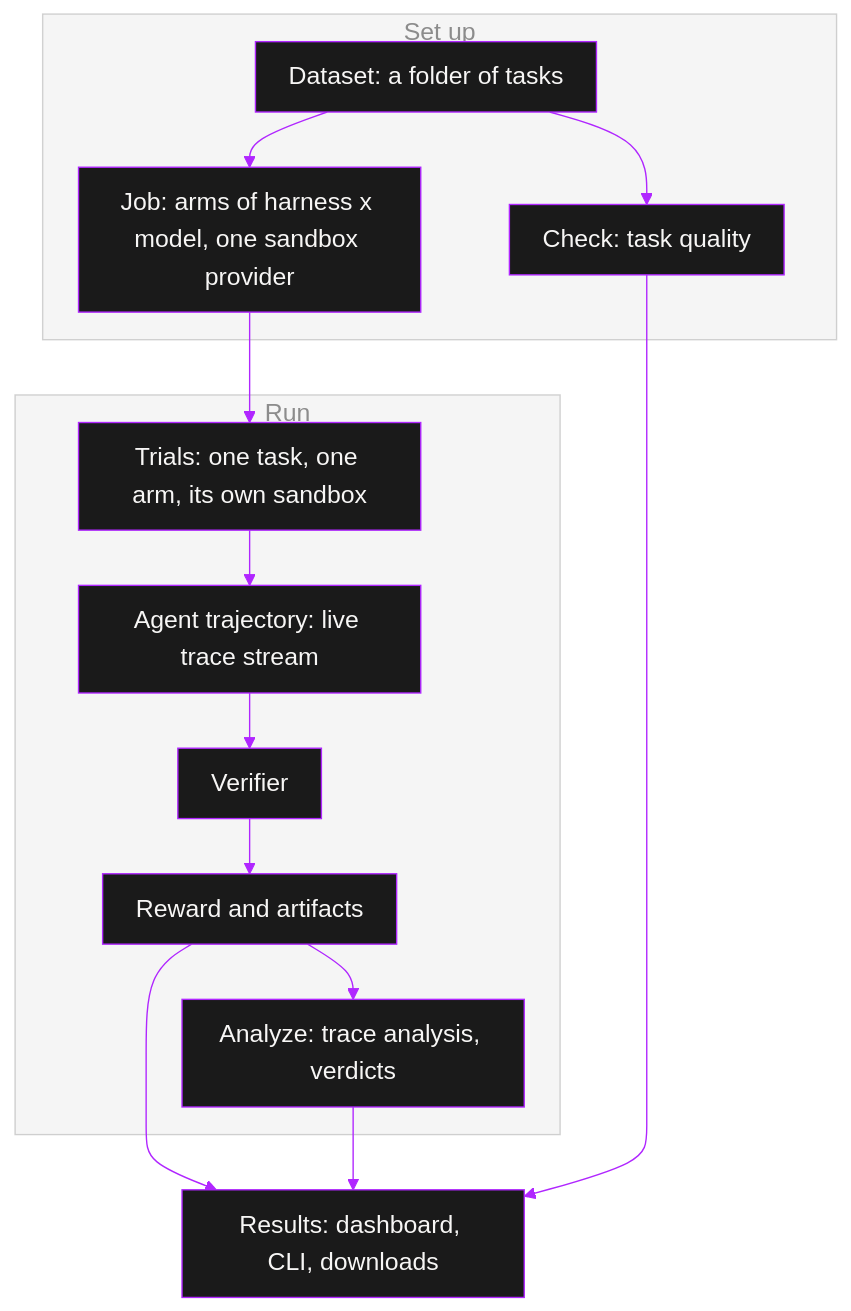
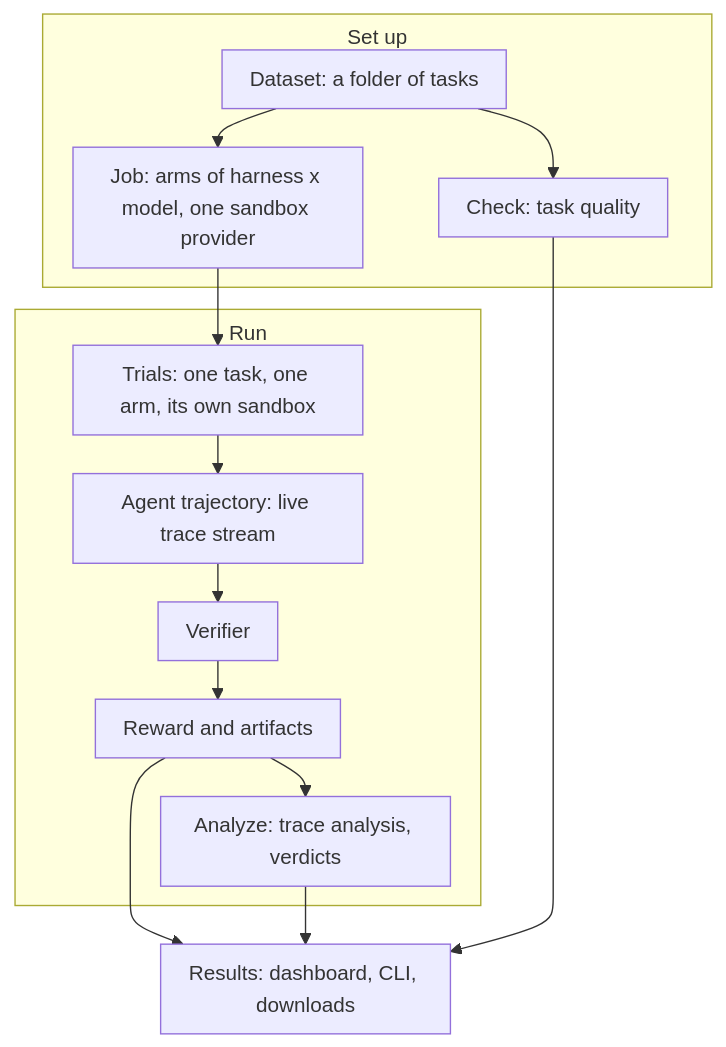
One commit to evolving-machines-lab/evolve changed the diagram in docs-mintlify/core-concepts/index.mdx. Above: the diagram before and after it, drawn with Mermaid. The commit also changed 1 other file, not shown here.

Commit message:
docs-mintlify: charts in grays with a size-only init, compact publishing flow in two rows

````diff
--- a/docs-mintlify/core-concepts/index.mdx
+++ b/docs-mintlify/core-concepts/index.mdx
@@ -6,18 +6,18 @@
 ```mermaid
-%%{init: {"theme": "base", "themeVariables": {"fontSize": "18px", "fontFamily": "Google Sans Flex, sans-serif", "primaryColor": "#1a1a1a", "primaryTextColor": "#f7f6f5", "primaryBorderColor": "#B026FF", "lineColor": "#B026FF", "clusterBkg": "#80808014", "clusterBorder": "#80808059", "titleColor": "#8c8c8c"}, "flowchart": {"nodeSpacing": 32, "rankSpacing": 40, "padding": 12}}}%%
+%%{init: {"themeVariables": {"fontSize": "15px", "fontFamily": "Google Sans Flex, sans-serif"}, "flowchart": {"nodeSpacing": 24, "rankSpacing": 28, "padding": 10, "wrappingWidth": 170, "subGraphTitleMargin": {"top": 6, "bottom": 6}}}}%%
 flowchart TB
   subgraph S[Set up]
     D[Dataset: a folder of tasks] --> J[Job: arms of harness x model, one sandbox provider]
     D --> C[Check: task quality]
   end
   subgraph RUN[Run]
     T[Trials: one task, one arm, its own sandbox] --> A[Agent trajectory: live trace stream]
     A --> V[Verifier]
     V --> R[Reward and artifacts]
     R --> AN[Analyze: trace analysis, verdicts]
   end
   J --> T
   R --> O[Results: dashboard, CLI, downloads]
   AN --> O
   C --> O
 ```
````
